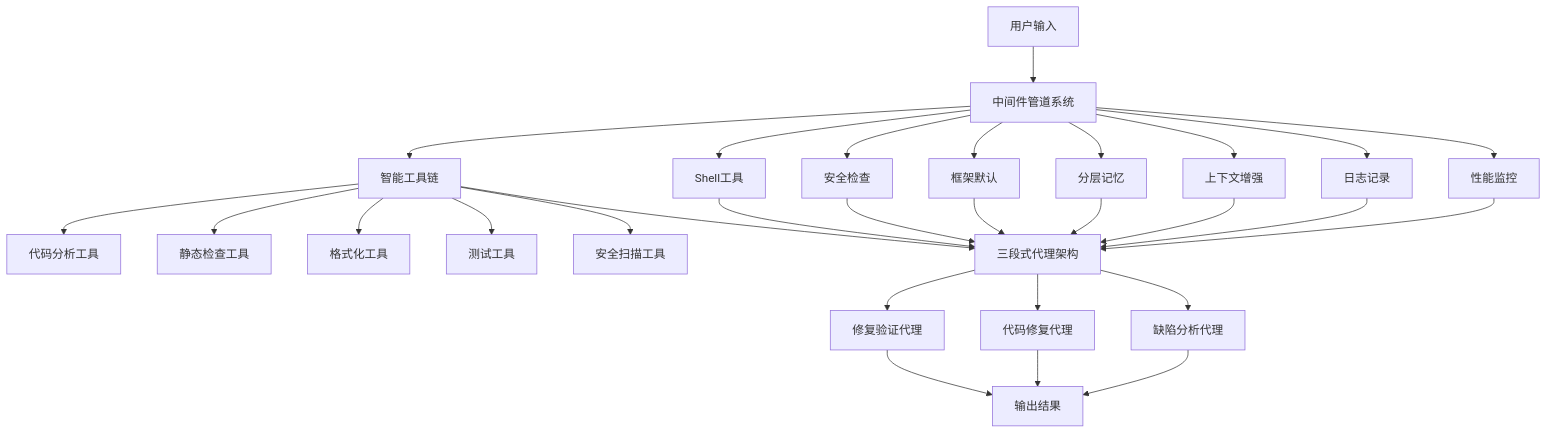
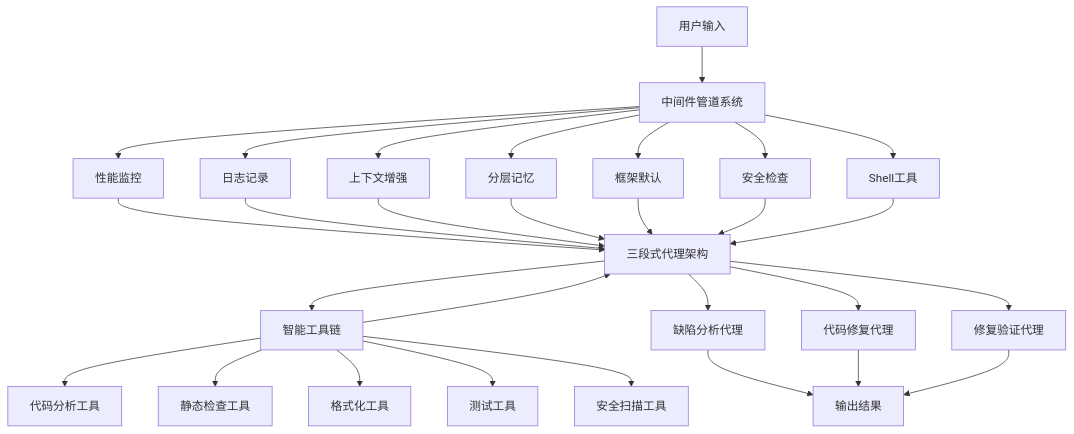
One commit to 3uyuan1ee/Fix_agent changed the diagram in README.md. Above: the diagram before and after it, drawn with Mermaid. The commit also changed other lines of this file and 3 other files, not shown here.

````diff
--- a/README.md
+++ b/README.md
@@ -238,35 +181,35 @@
 ```mermaid
 graph TD
     A[用户输入] --> B[中间件管道系统]
     B --> C[性能监控]
     B --> D[日志记录]
     B --> E[上下文增强]
     B --> F[分层记忆]
     B --> G[框架默认]
     B --> H[安全检查]
     B --> I[Shell工具]
-    B --> T[智能工具链]
+    J --> T[智能工具链]
 
     T --> T1[代码分析工具]
     T --> T2[静态检查工具]
     T --> T3[格式化工具]
     T --> T4[测试工具]
     T --> T5[安全扫描工具]
 
     C --> J[三段式代理架构]
     D --> J
     E --> J
     F --> J
     G --> J
     H --> J
     I --> J
     T --> J
 
     J --> K[缺陷分析代理]
     J --> L[代码修复代理]
     J --> M[修复验证代理]
 
     K --> N[输出结果]
     L --> N
     M --> N
 ```
````
